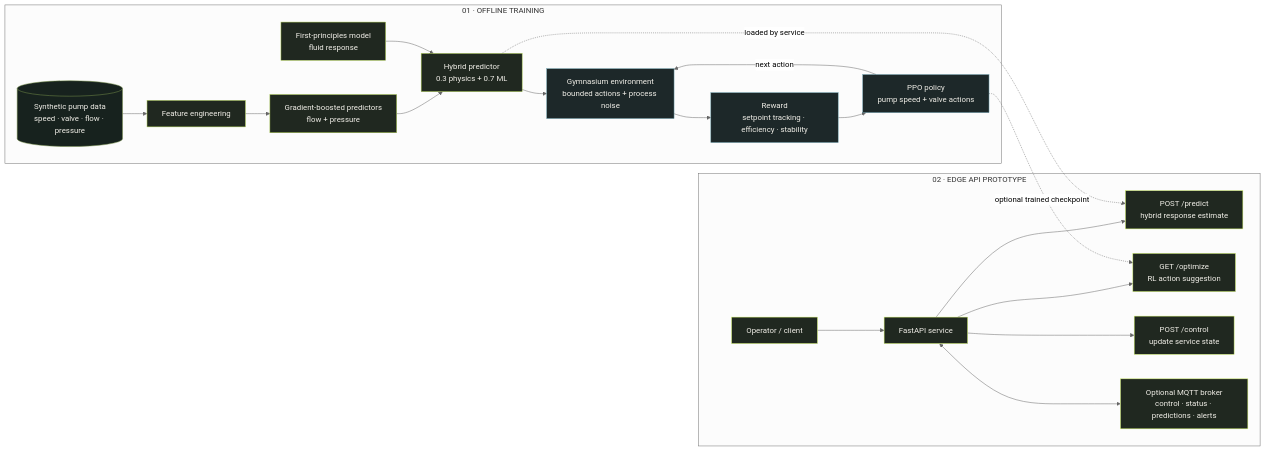
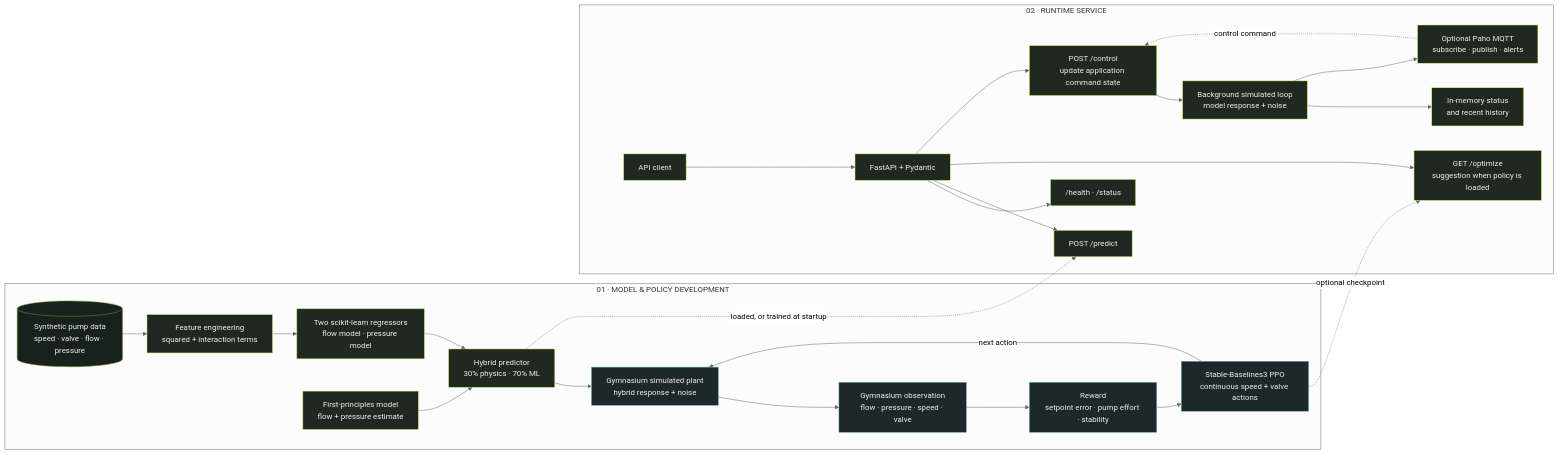
The diagram in README.md (abh2050/reinforcement_learning_based_pump_control_with_edge_deployment), drawn with Mermaid (neutral theme) before and after one commit. The commit also changed other lines of this file, not shown here.

Commit message:
Expand README into engineering case study

````diff
--- a/README.md
+++ b/README.md
@@ -22,45 +93,53 @@
 ```mermaid
 flowchart LR
-  subgraph OFFLINE["01 · OFFLINE TRAINING"]
-    DATA[("Synthetic pump data<br/>speed · valve · flow · pressure")]
-    FE["Feature engineering"]
-    GB["Gradient-boosted predictors<br/>flow + pressure"]
-    PHY["First-principles model<br/>fluid response"]
-    HYB["Hybrid predictor<br/>0.3 physics + 0.7 ML"]
-    ENV["Gymnasium environment<br/>bounded actions + process noise"]
-    REWARD["Reward<br/>setpoint tracking · efficiency · stability"]
-    PPO["PPO policy<br/>pump speed + valve actions"]
+  subgraph TRAIN["01 · MODEL & POLICY DEVELOPMENT"]
+    CSV[("Synthetic pump data<br/>speed · valve · flow · pressure")]
+    FEATURES["Feature engineering<br/>squared + interaction terms"]
+    REGRESSORS["Two scikit-learn regressors<br/>flow model · pressure model"]
+    PHYSICS["First-principles model<br/>flow + pressure estimate"]
+    HYBRID["Hybrid predictor<br/>30% physics · 70% ML"]
+    ENV["Gymnasium simulated plant<br/>hybrid response + noise"]
+    OBS["Gymnasium observation<br/>flow · pressure · speed · valve"]
+    REWARD["Reward<br/>setpoint error · pump effort · stability"]
+    POLICY["Stable-Baselines3 PPO<br/>continuous speed + valve actions"]
 
-    DATA --> FE --> GB --> HYB
-    PHY --> HYB
-    HYB --> ENV --> REWARD --> PPO
-    PPO -- "next action" --> ENV
+    CSV --> FEATURES --> REGRESSORS --> HYBRID
+    PHYSICS --> HYBRID
+    HYBRID --> ENV --> OBS --> REWARD --> POLICY
+    POLICY -- "next action" --> ENV
   end
 
-  subgraph EDGE["02 · EDGE API PROTOTYPE"]
-    CLIENT["Operator / client"]
-    API["FastAPI service"]
-    PREDICT["POST /predict<br/>hybrid response estimate"]
-    OPTIMIZE["GET /optimize<br/>RL action suggestion"]
-    CONTROL["POST /control<br/>update service state"]
-    MQTT["Optional MQTT broker<br/>control · status · predictions · alerts"]
+  subgraph SERVICE["02 · RUNTIME SERVICE"]
+    CLIENT["API client"]
+    API["FastAPI + Pydantic"]
+    HEALTH["/health · /status"]
+    PREDICT["POST /predict"]
+    OPTIMIZE["GET /optimize<br/>suggestion when policy is loaded"]
+    CONTROL["POST /control<br/>update application command state"]
+    SIM["Background simulated loop<br/>model response + noise"]
+    STATE["In-memory status<br/>and recent history"]
+    MQTT["Optional Paho MQTT<br/>subscribe · publish · alerts"]
 
     CLIENT --> API
+    API --> HEALTH
     API --> PREDICT
     API --> OPTIMIZE
     API --> CONTROL
-    API <--> MQTT
+    CONTROL --> SIM
+    SIM --> STATE
+    SIM --> MQTT
+    MQTT -. "control command" .-> CONTROL
   end
 
-  HYB -. "loaded by service" .-> PREDICT
-  PPO -. "optional trained checkpoint" .-> OPTIMIZE
+  HYBRID -. "loaded, or trained at startup" .-> PREDICT
+  POLICY -. "optional checkpoint" .-> OPTIMIZE
 
   classDef data fill:#17221e,stroke:#77934a,color:#f2f0e9
   classDef model fill:#202820,stroke:#a8c94d,color:#f2f0e9
   classDef learn fill:#1d2829,stroke:#78aab7,color:#f2f0e9
-  classDef runtime fill:#202820,stroke:#d3f36b,color:#f2f0e9
-  class DATA data
-  class FE,GB,PHY,HYB model
-  class ENV,REWARD,PPO learn
-  class CLIENT,API,PREDICT,OPTIMIZE,CONTROL,MQTT runtime
+  classDef service fill:#202820,stroke:#d3f36b,color:#f2f0e9
+  class CSV data
+  class FEATURES,REGRESSORS,PHYSICS,HYBRID model
+  class ENV,OBS,REWARD,POLICY learn
+  class CLIENT,API,HEALTH,PREDICT,OPTIMIZE,CONTROL,SIM,STATE,MQTT service
 ```
````
